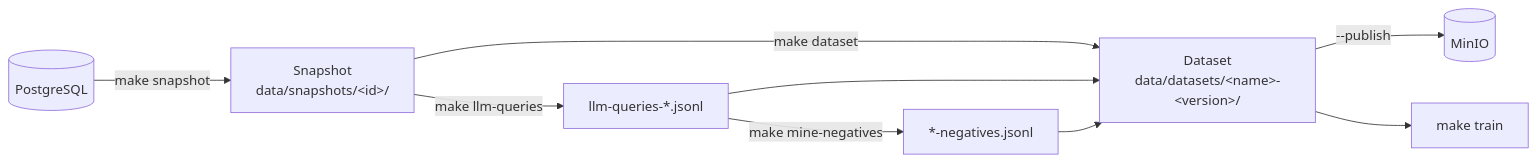
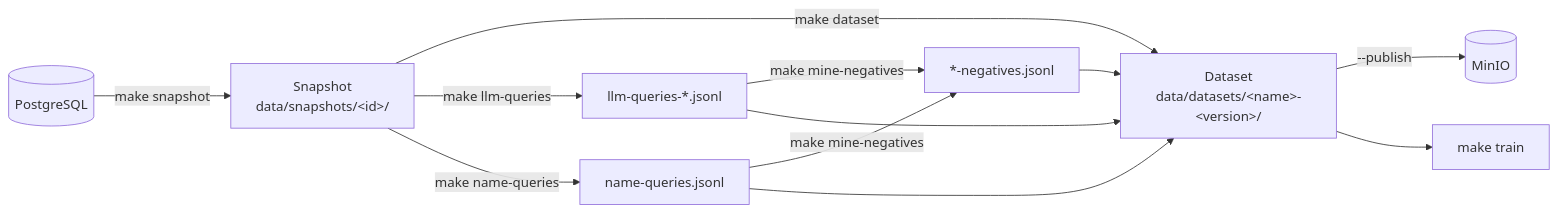
Before and after one commit to poornanat1/podcast-retrieval: the diagram in docs/03-data-pipeline.md, drawn with Mermaid. The commit also changed other lines of this file and 21 other files, not shown here.

First line of the commit message:
feat: train the two-tower retriever on name queries and promote it past the gates

````diff
--- a/docs/03-data-pipeline.md
+++ b/docs/03-data-pipeline.md
@@ -3,11 +3,14 @@
 ```mermaid
 flowchart LR
     PG[("PostgreSQL")] -->|"make snapshot"| SNAP["Snapshot<br/>data/snapshots/&lt;id&gt;/"]
     SNAP -->|"make dataset"| DS["Dataset<br/>data/datasets/&lt;name&gt;-&lt;version&gt;/"]
     SNAP -->|"make llm-queries"| LQ["llm-queries-*.jsonl"]
+    SNAP -->|"make name-queries"| NQ["name-queries.jsonl"]
     LQ -->|"make mine-negatives"| NEG["*-negatives.jsonl"]
+    NQ -->|"make mine-negatives"| NEG
+    NQ --> DS
     LQ --> DS
     NEG --> DS
     DS -->|"--publish"| MINIO[("MinIO")]
     DS --> TRAIN["make train"]
 ```
````
